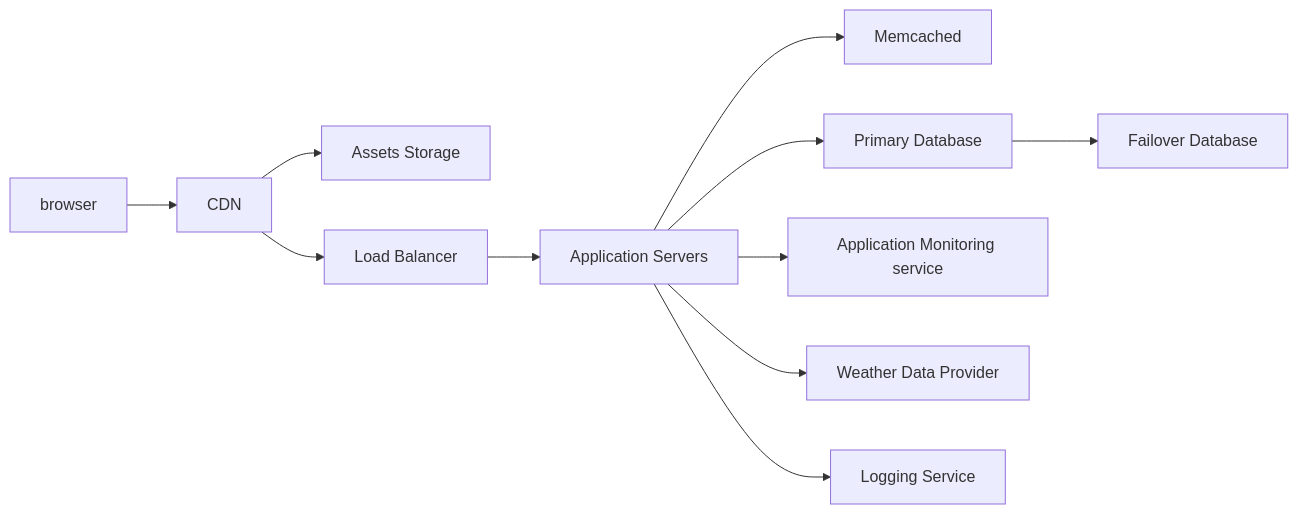
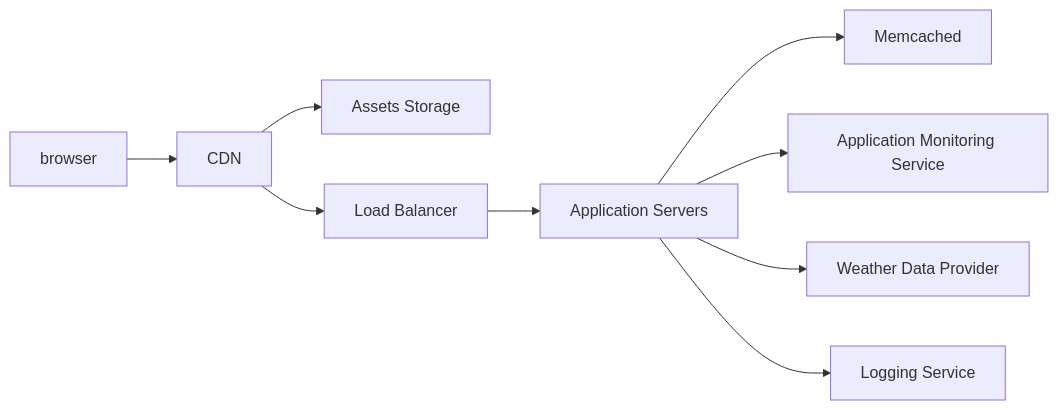
The second of 2 diagrams in README.md (nicolasroy/weather-forecast), drawn with Mermaid before and after one commit. The commit also changed other lines of this file, not shown here.

````diff
--- a/README.md
+++ b/README.md
@@ -48,17 +62,14 @@
 ```mermaid
 graph LR
   browser --> CDN
 
   CDN --> s3[Assets Storage]
   CDN --> LB[Load Balancer]
 
   LB --> APP[Application Servers]
 
   APP --> Memcached
-  APP --> DB[Primary Database]
-  APP --> APM[Application Monitoring service]
+  APP --> APM[Application Monitoring Service]
   APP --> API[Weather Data Provider]
   APP --> LOG[Logging Service]
-
-  DB --> DB2[Failover Database]
 ```
````
